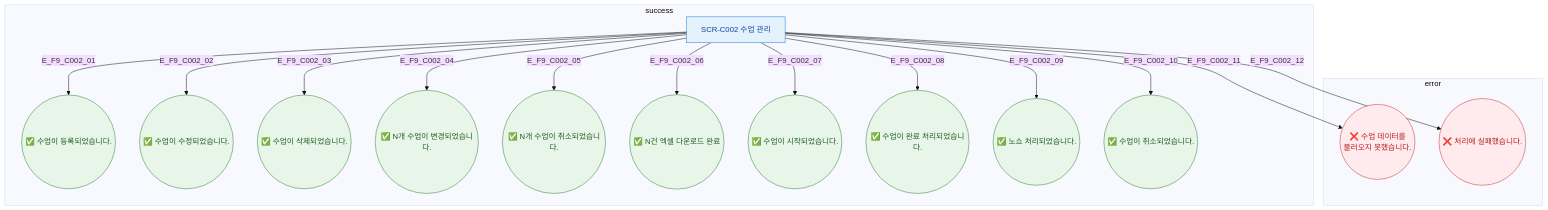
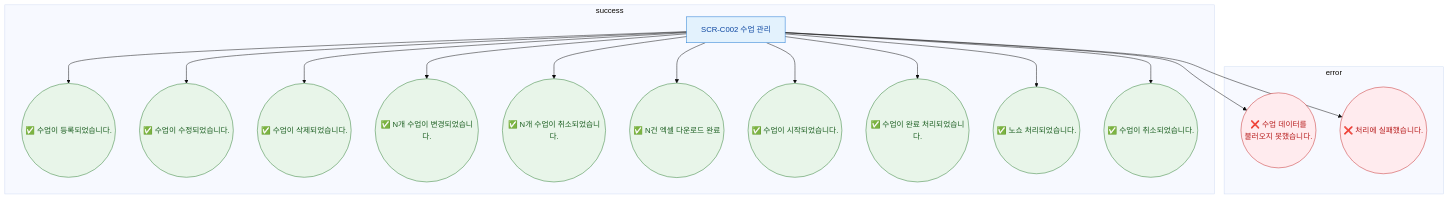
One commit to dev-spogym/admin-pando changed the diagram in docs/다이어그램/D04_수업관리/SCR-C002_수업관리/F9_토스트.md. Above: the diagram before and after it, drawn with Mermaid (base theme). The commit also changed other lines of this file and 1660 other files, not shown here.

First line of the commit message:
다이어그램: 기획자/클라이언트 납품본으로 정리

````diff
--- a/docs/다이어그램/D04_수업관리/SCR-C002_수업관리/F9_토스트.md
+++ b/docs/다이어그램/D04_수업관리/SCR-C002_수업관리/F9_토스트.md
@@ -20,29 +18,29 @@
 ```mermaid
 flowchart TD
   SCR_C002[SCR-C002 수업 관리]
 
   subgraph success_toasts[success]
-    SCR_C002 -->|E_F9_C002_01| T_REG((✅ 수업이 등록되었습니다.))
-    SCR_C002 -->|E_F9_C002_02| T_EDIT((✅ 수업이 수정되었습니다.))
-    SCR_C002 -->|E_F9_C002_03| T_DEL((✅ 수업이 삭제되었습니다.))
-    SCR_C002 -->|E_F9_C002_04| T_BULK((✅ N개 수업이 변경되었습니다.))
-    SCR_C002 -->|E_F9_C002_05| T_CANCEL((✅ N개 수업이 취소되었습니다.))
-    SCR_C002 -->|E_F9_C002_06| T_EXCEL((✅ N건 엑셀 다운로드 완료))
-    SCR_C002 -->|E_F9_C002_07| T_START((✅ 수업이 시작되었습니다.))
-    SCR_C002 -->|E_F9_C002_08| T_COMPLETE((✅ 수업이 완료 처리되었습니다.))
-    SCR_C002 -->|E_F9_C002_09| T_NOSHOW((✅ 노쇼 처리되었습니다.))
-    SCR_C002 -->|E_F9_C002_10| T_LESSON_CANCEL((✅ 수업이 취소되었습니다.))
+    SCR_C002 --> T_REG((✅ 수업이 등록되었습니다.))
+    SCR_C002 --> T_EDIT((✅ 수업이 수정되었습니다.))
+    SCR_C002 --> T_DEL((✅ 수업이 삭제되었습니다.))
+    SCR_C002 --> T_BULK((✅ N개 수업이 변경되었습니다.))
+    SCR_C002 --> T_CANCEL((✅ N개 수업이 취소되었습니다.))
+    SCR_C002 --> T_EXCEL((✅ N건 엑셀 다운로드 완료))
+    SCR_C002 --> T_START((✅ 수업이 시작되었습니다.))
+    SCR_C002 --> T_COMPLETE((✅ 수업이 완료 처리되었습니다.))
+    SCR_C002 --> T_NOSHOW((✅ 노쇼 처리되었습니다.))
+    SCR_C002 --> T_LESSON_CANCEL((✅ 수업이 취소되었습니다.))
   end
 
   subgraph error_toasts[error]
-    SCR_C002 -->|E_F9_C002_11| T_LOAD_ERR((❌ 수업 데이터를\n불러오지 못했습니다.))
-    SCR_C002 -->|E_F9_C002_12| T_PROC_ERR((❌ 처리에 실패했습니다.))
+    SCR_C002 --> T_LOAD_ERR((❌ 수업 데이터를\n불러오지 못했습니다.))
+    SCR_C002 --> T_PROC_ERR((❌ 처리에 실패했습니다.))
   end
 
   classDef screen fill:#E3F2FD,stroke:#1976D2,color:#0D47A1
   classDef success fill:#E8F5E9,stroke:#2E7D32,color:#1B5E20
   classDef error fill:#FFEBEE,stroke:#C62828,color:#B71C1C
   class SCR_C002 screen
   class T_REG,T_EDIT,T_DEL,T_BULK,T_CANCEL,T_EXCEL,T_START,T_COMPLETE,T_NOSHOW,T_LESSON_CANCEL success
   class T_LOAD_ERR,T_PROC_ERR error
 ```
````
